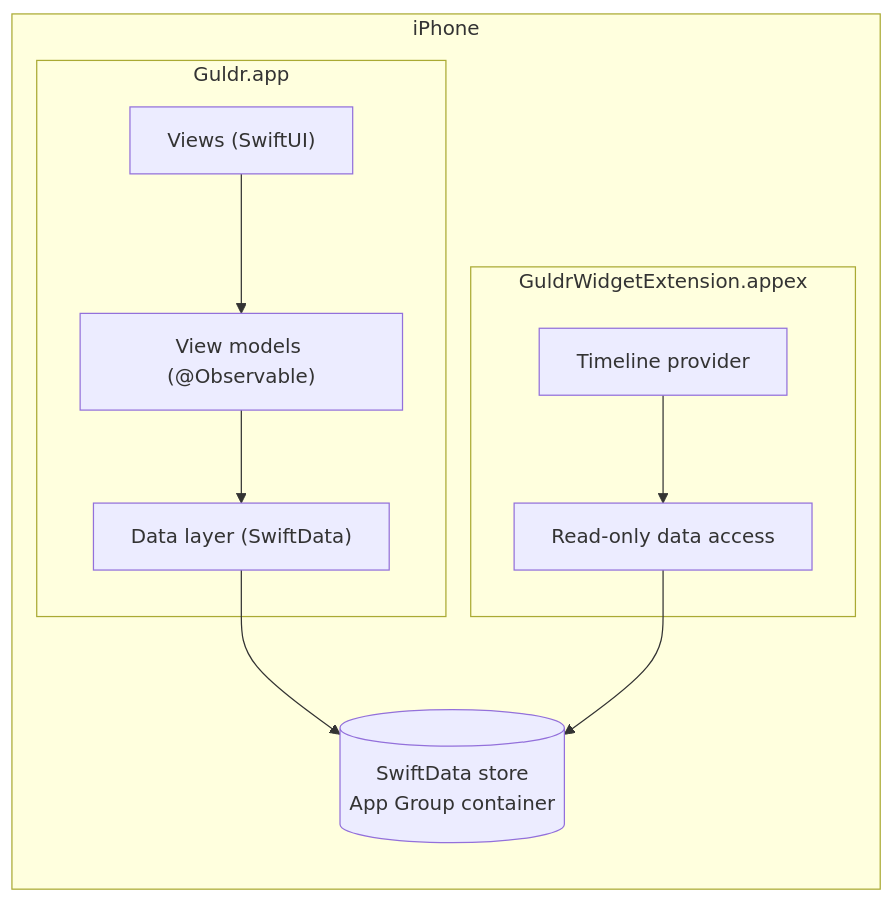
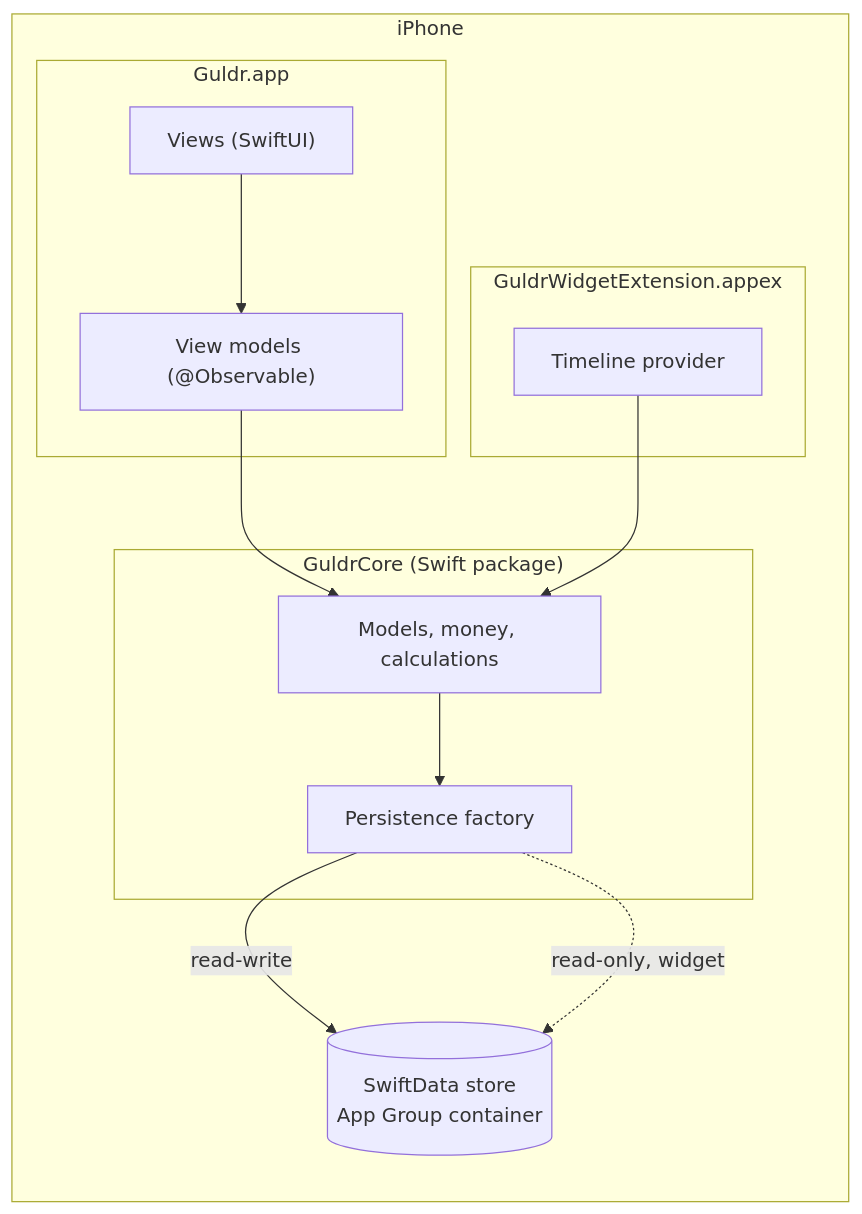
Before and after one commit to MauroArguDev/Guldr: the diagram in docs/ARCHITECTURE.md, drawn with Mermaid. The commit also changed other lines of this file and 3 other files, not shown here.

First line of the commit message:
ci: run core package tests without a simulator

````diff
--- a/docs/ARCHITECTURE.md
+++ b/docs/ARCHITECTURE.md
@@ -9,15 +9,19 @@
 ```mermaid
 flowchart LR
     subgraph Device["iPhone"]
         subgraph App["Guldr.app"]
             Views["Views (SwiftUI)"] --> VMs["View models (@Observable)"]
-            VMs --> Data["Data layer (SwiftData)"]
         end
         subgraph Widget["GuldrWidgetExtension.appex"]
-            Timeline["Timeline provider"] --> WData["Read-only data access"]
+            Timeline["Timeline provider"]
+        end
+        subgraph Core["GuldrCore (Swift package)"]
+            Domain["Models, money, calculations"] --> Persistence["Persistence factory"]
         end
         Store[("SwiftData store<br/>App Group container")]
-        Data --> Store
-        WData --> Store
+        VMs --> Domain
+        Timeline --> Domain
+        Persistence -->|read-write| Store
+        Persistence -.->|read-only, widget| Store
     end
 ```
````
